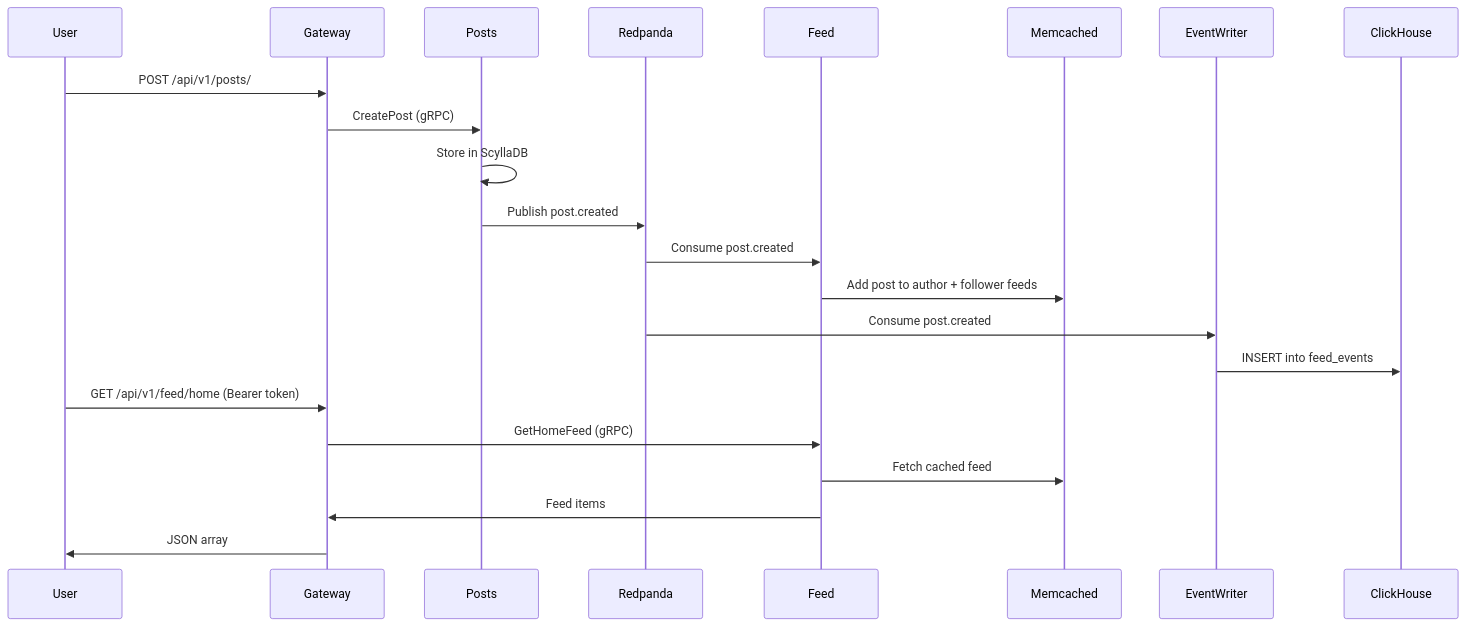
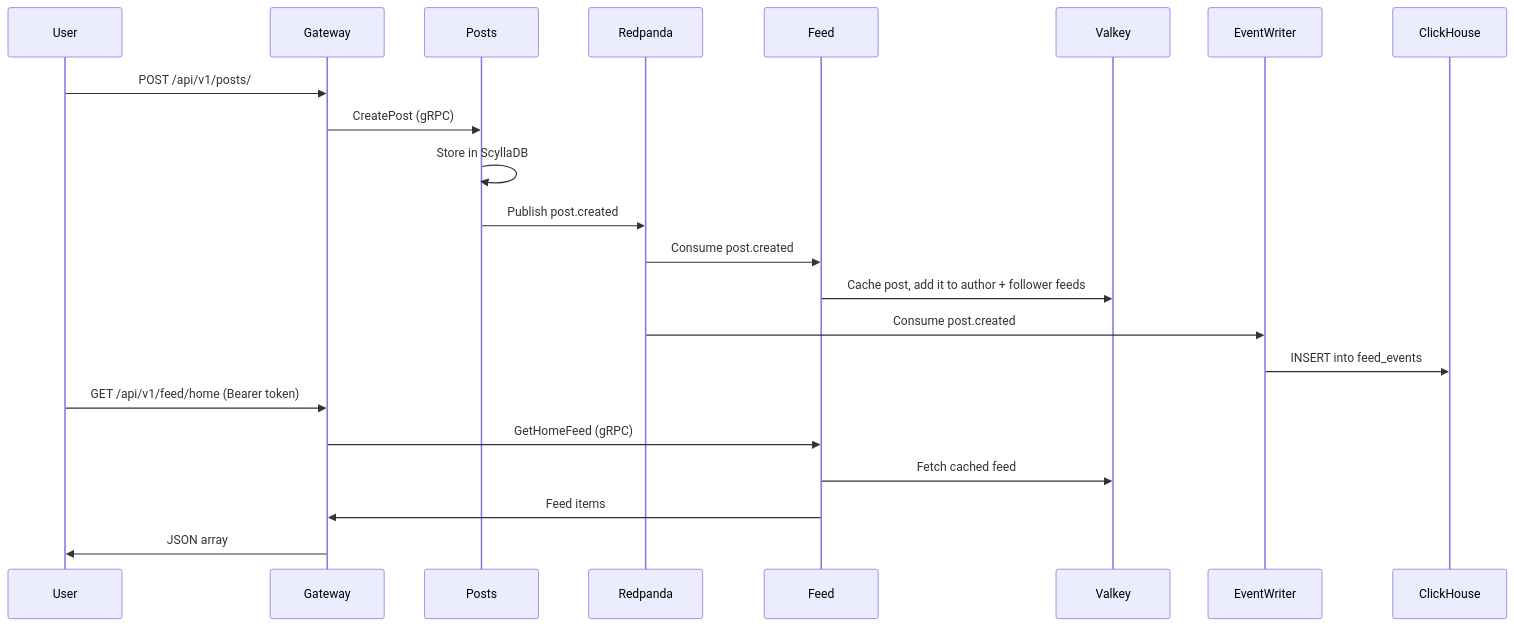
The second of 2 diagrams in docs/architecture.md (vahan-sahakyan/distributed-social-network), drawn with Mermaid before and after one commit. The commit also changed other lines of this file and 60 other files, not shown here.

Commit message:
[feat] feed cache on valkey: sorted-set timelines, one hash per post (#69)

````diff
--- a/docs/architecture.md
+++ b/docs/architecture.md
@@ -126,25 +126,25 @@
 ```mermaid
 sequenceDiagram
     participant User
     participant Gateway
     participant Posts
     participant Redpanda
     participant Feed
-    participant Memcached
+    participant Valkey
     participant EventWriter
     participant ClickHouse
 
     User->>Gateway: POST /api/v1/posts/
     Gateway->>Posts: CreatePost (gRPC)
     Posts->>Posts: Store in ScyllaDB
     Posts->>Redpanda: Publish post.created
     Redpanda->>Feed: Consume post.created
-    Feed->>Memcached: Add post to author + follower feeds
+    Feed->>Valkey: Cache post, add it to author + follower feeds
     Redpanda->>EventWriter: Consume post.created
     EventWriter->>ClickHouse: INSERT into feed_events
     User->>Gateway: GET /api/v1/feed/home (Bearer token)
     Gateway->>Feed: GetHomeFeed (gRPC)
-    Feed->>Memcached: Fetch cached feed
+    Feed->>Valkey: Fetch cached feed
     Feed->>Gateway: Feed items
     Gateway->>User: JSON array
 ```
````
